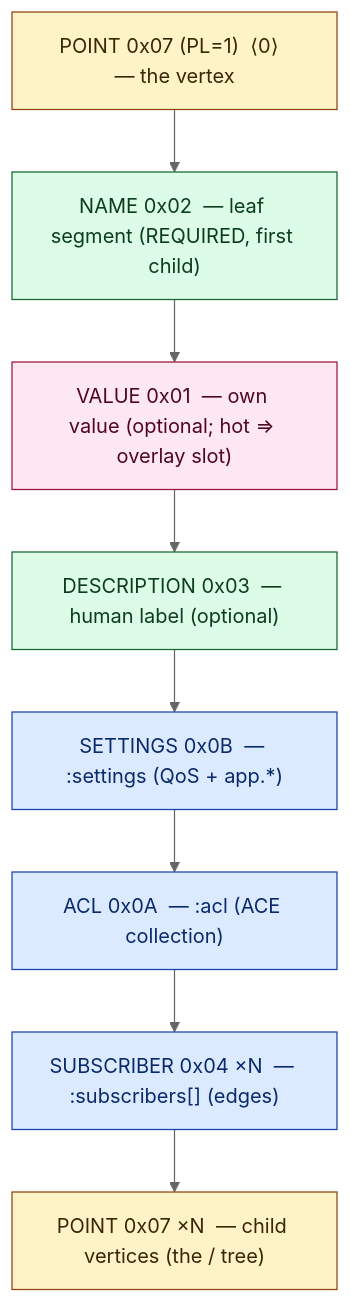
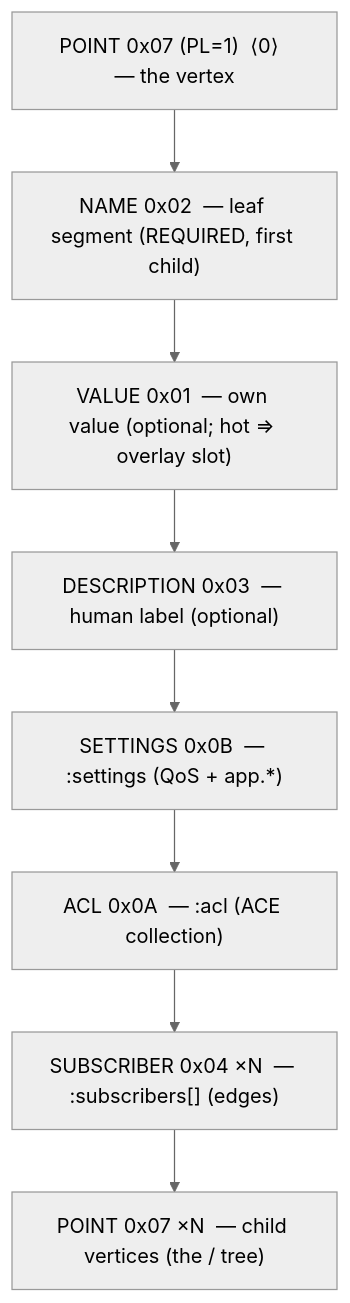
The second of 3 diagrams in docs/research/2026-07-11-tlv-graph-folding-structure.md (avatarsd-llc/libtracer), drawn with Mermaid (neutral theme) before and after one commit. The commit also changed other lines of this file and 32 other files, not shown here.

First line of the commit message:
docs: every diagram on the shared vocabulary, with alt text (#2373)

````diff
--- a/docs/research/2026-07-11-tlv-graph-folding-structure.md
+++ b/docs/research/2026-07-11-tlv-graph-folding-structure.md
@@ -70,16 +67,14 @@
 ```mermaid
 flowchart TB
-  PT["POINT 0x07 (PL=1)  ⟨0⟩  — the vertex"]:::node
-  NM["NAME 0x02  — leaf segment (REQUIRED, first child)"]:::ident
-  VL["VALUE 0x01  — own value (optional; hot ⇒ overlay slot)"]:::data
-  DS["DESCRIPTION 0x03  — human label (optional)"]:::ident
-  ST["SETTINGS 0x0B  — :settings (QoS + app.*)"]:::ctrl
-  AC["ACL 0x0A  — :acl (ACE collection)"]:::ctrl
-  SB["SUBSCRIBER 0x04 ×N  — :subscribers[] (edges)"]:::ctrl
-  CH["POINT 0x07 ×N  — child vertices (the / tree)"]:::node
+    accTitle: The child order inside one POINT
+    accDescr: A POINT 0x07 with PL=1 is the vertex. Its children come in order: NAME (the leaf segment, required and first), its own VALUE (optional, an overlay slot when hot), DESCRIPTION (an optional human label), SETTINGS, ACL, N SUBSCRIBER edges, and N child POINTs forming the tree.
+  PT["POINT 0x07 (PL=1)  ⟨0⟩  — the vertex"]:::vertex
+  NM["NAME 0x02  — leaf segment (REQUIRED, first child)"]:::record
+  VL["VALUE 0x01  — own value (optional; hot ⇒ overlay slot)"]:::record
+  DS["DESCRIPTION 0x03  — human label (optional)"]:::record
+  ST["SETTINGS 0x0B  — :settings (QoS + app.*)"]:::record
+  AC["ACL 0x0A  — :acl (ACE collection)"]:::record
+  SB["SUBSCRIBER 0x04 ×N  — :subscribers[] (edges)"]:::record
+  CH["POINT 0x07 ×N  — child vertices (the / tree)"]:::vertex
   PT-->NM-->VL-->DS-->ST-->AC-->SB-->CH
-  classDef node fill:#fef3c7,stroke:#92400e,color:#3a2606
-  classDef ident fill:#dcfce7,stroke:#166534,color:#0b3d1e
-  classDef data fill:#fce7f3,stroke:#9f1239,color:#500724
-  classDef ctrl fill:#dbeafe,stroke:#1e40af,color:#0b2a6b
 ```
````
